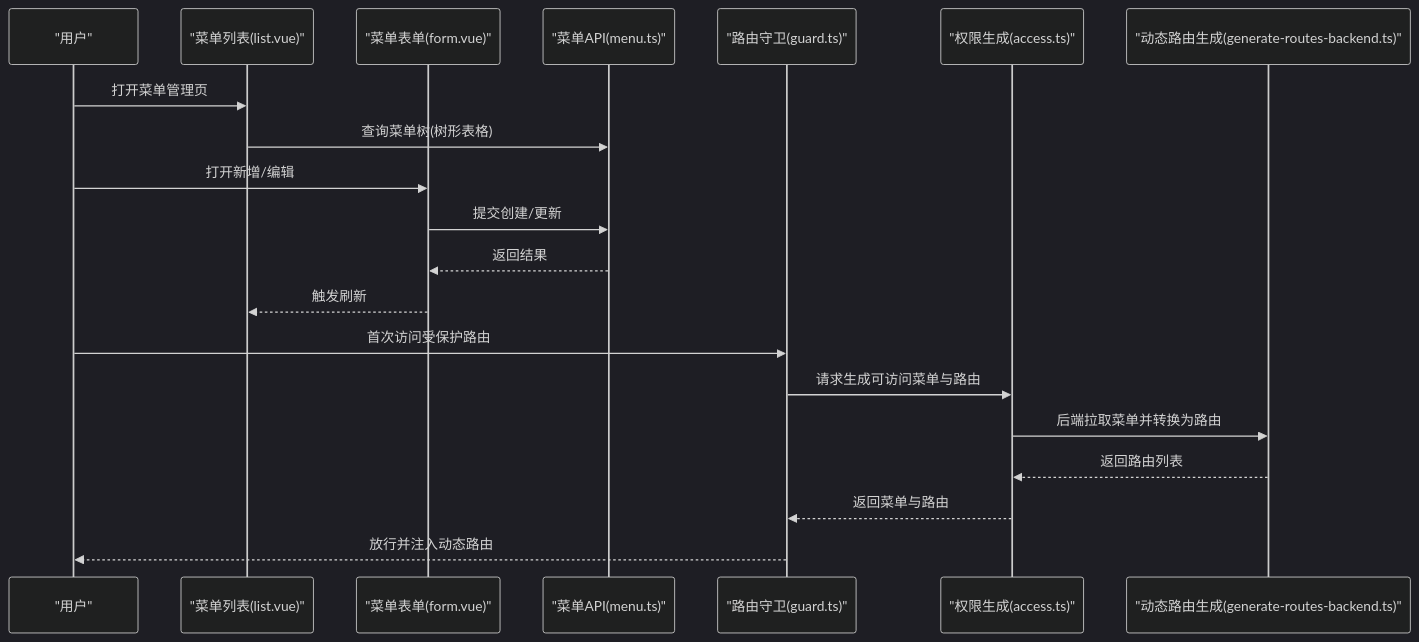
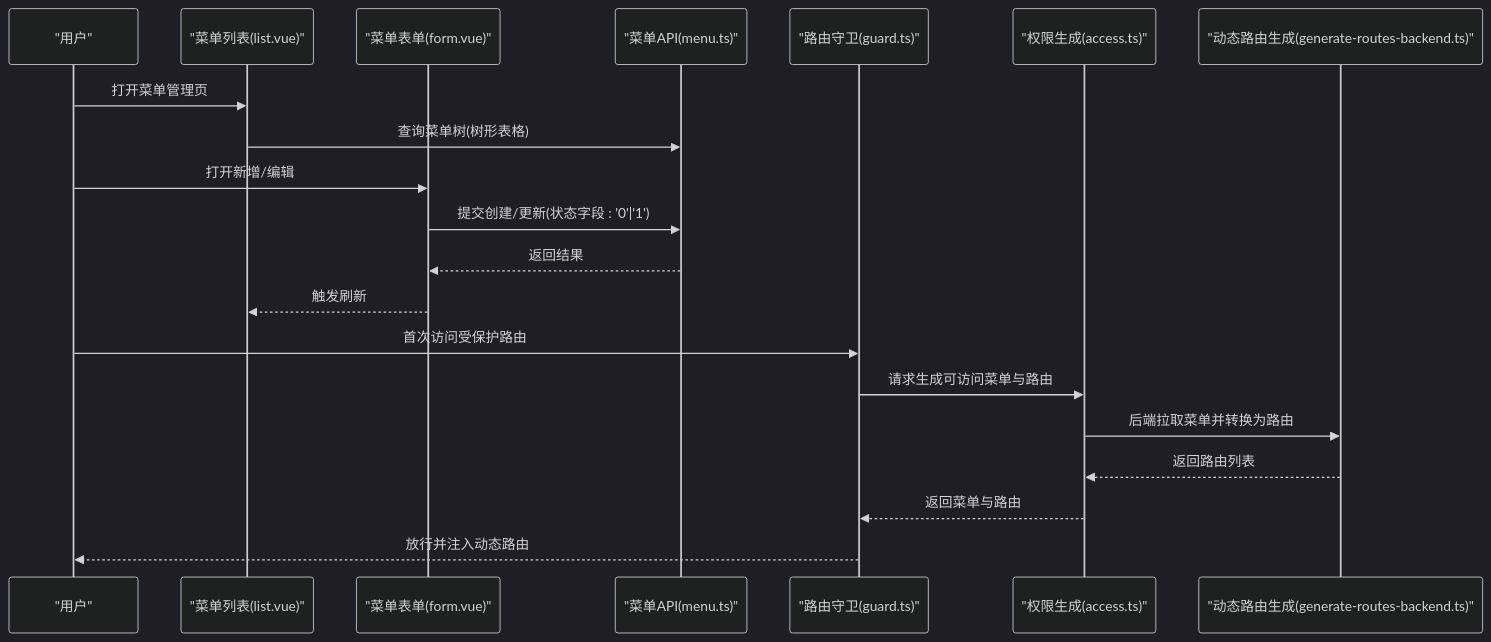
One commit to ShiRuYu/shiyu-ui changed the second of 7 diagrams in .qoder/repowiki/zh/content/业务模块/菜单管理.md. Above: the diagram before and after it, drawn with Mermaid (dark theme). The commit also changed other lines of this file and 37 other files, not shown here.

````diff
--- a/.qoder/repowiki/zh/content/业务模块/菜单管理.md
+++ b/.qoder/repowiki/zh/content/业务模块/菜单管理.md
@@ -155,22 +152,22 @@
 ```mermaid
 sequenceDiagram
 participant U as "用户"
 participant L as "菜单列表(list.vue)"
 participant F as "菜单表单(form.vue)"
 participant A as "菜单API(menu.ts)"
 participant G as "路由守卫(guard.ts)"
 participant X as "权限生成(access.ts)"
 participant R as "动态路由生成(generate-routes-backend.ts)"
 U->>L : 打开菜单管理页
 L->>A : 查询菜单树(树形表格)
 U->>F : 打开新增/编辑
-F->>A : 提交创建/更新
+F->>A : 提交创建/更新(状态字段 : '0'|'1')
 A-->>F : 返回结果
 F-->>L : 触发刷新
 U->>G : 首次访问受保护路由
 G->>X : 请求生成可访问菜单与路由
 X->>R : 后端拉取菜单并转换为路由
 R-->>X : 返回路由列表
 X-->>G : 返回菜单与路由
 G-->>U : 放行并注入动态路由
 ```
````
